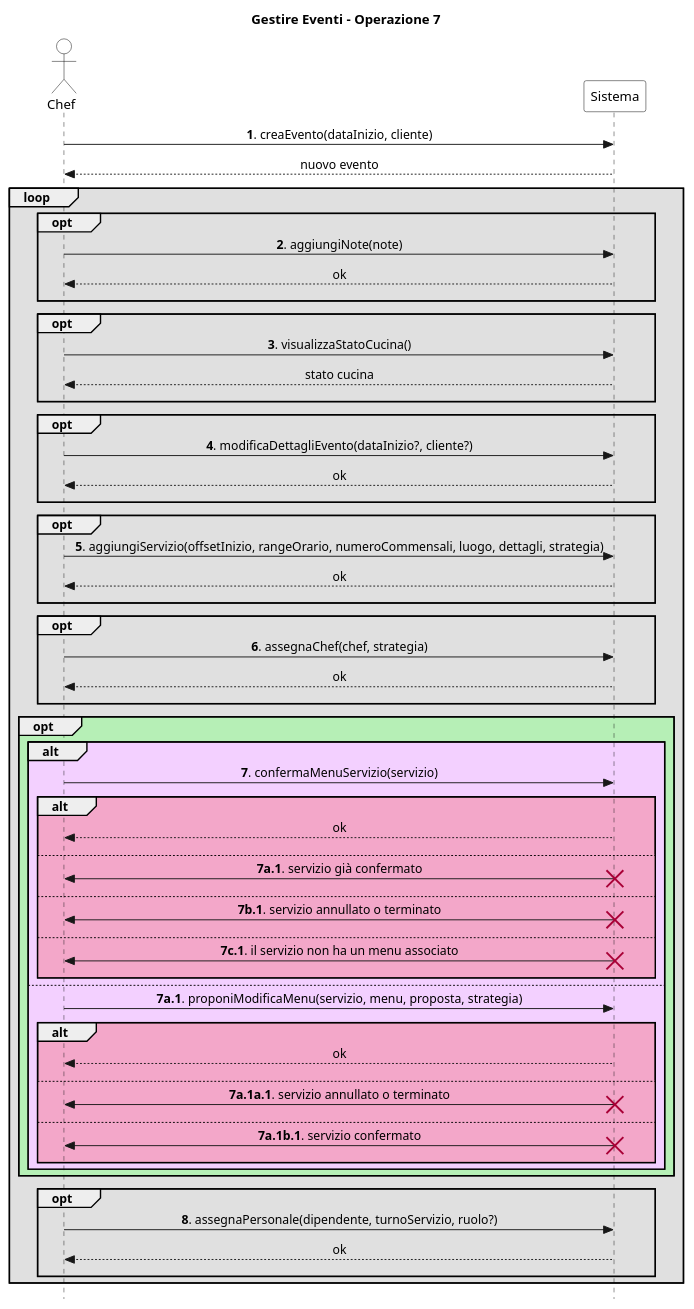
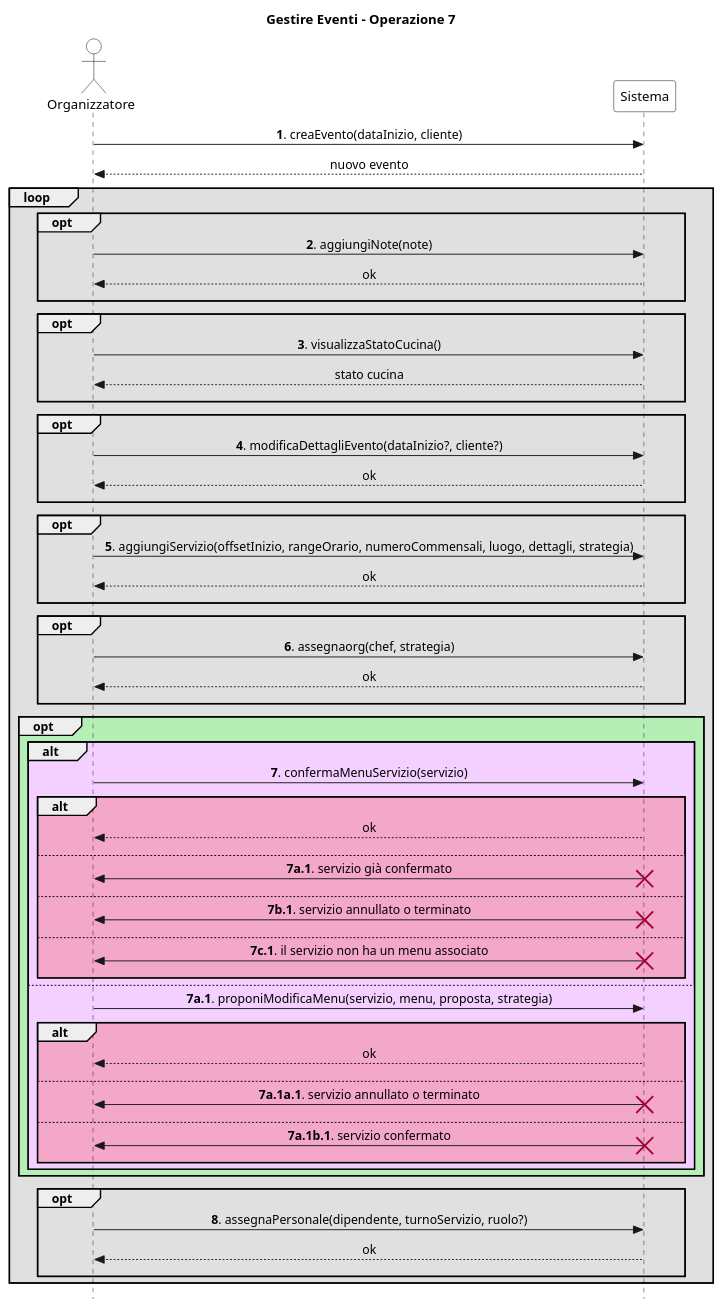
One commit to stefa168/sas-project changed the diagram in UP/Requisiti/UC Gestire Eventi/SSD/Estensioni-Eccezioni Op7.puml. Above: the diagram before and after it, drawn with PlantUML. The commit also changed 5 other files, not shown here.

```diff
--- a/UP/Requisiti/UC Gestire Eventi/SSD/Estensioni-Eccezioni Op7.puml
+++ b/UP/Requisiti/UC Gestire Eventi/SSD/Estensioni-Eccezioni Op7.puml
@@ -1,93 +1,93 @@
 @startuml
 skinparam Style strictuml
 skinparam SequenceMessageAlign center
 
 skinparam sequence {
     ActorBorderColor Black
     ActorBackgroundColor White
     ParticipantBorderColor Black
     ParticipantBackgroundColor White
 }
 
-actor Chef
+actor "Organizzatore" as org
 participant Sistema
 
 title Gestire Eventi - Operazione 7
 
-Chef -> Sistema: **1**. creaEvento(dataInizio, cliente)
+org -> Sistema: **1**. creaEvento(dataInizio, cliente)
 return nuovo evento
 
 loop #e0e0e0
     opt #e0e0e0
-        Chef -> Sistema: **2**. aggiungiNote(note)
+        org -> Sistema: **2**. aggiungiNote(note)
         return ok
         ||10||
     end
 
     opt #e0e0e0
-        Chef -> Sistema: **3**. visualizzaStatoCucina()
+        org -> Sistema: **3**. visualizzaStatoCucina()
         return stato cucina
         ||10||
     end
 
     opt #e0e0e0
-        Chef -> Sistema: **4**. modificaDettagliEvento(dataInizio?, cliente?)
+        org -> Sistema: **4**. modificaDettagliEvento(dataInizio?, cliente?)
         return ok
         ||10||
     end
 
     opt #e0e0e0
-        Chef -> Sistema: **5**. aggiungiServizio(offsetInizio, rangeOrario, numeroCommensali, luogo, dettagli, strategia)
+        org -> Sistema: **5**. aggiungiServizio(offsetInizio, rangeOrario, numeroCommensali, luogo, dettagli, strategia)
         return ok
         ||10||
     end
 
     opt #e0e0e0
-        Chef -> Sistema: **6**. assegnaChef(chef, strategia)
+        org -> Sistema: **6**. assegnaorg(chef, strategia)
         return ok
         ||10||
     end
 
     opt #b6efb6
         alt #f3d0ff
-            Chef -> Sistema: **7**. confermaMenuServizio(servizio)
+            org -> Sistema: **7**. confermaMenuServizio(servizio)
             alt #f3a7c9
                 return ok
                 ||10||
             else
-                Chef <- Sistema: **7a.1**. servizio già confermato
+                org <- Sistema: **7a.1**. servizio già confermato
                 destroy Sistema
                 ||10||
             else
-                Chef <- Sistema: **7b.1**. servizio annullato o terminato
+                org <- Sistema: **7b.1**. servizio annullato o terminato
                 destroy Sistema
                 ||10||
             else
-                Chef <- Sistema: **7c.1**. il servizio non ha un menu associato
+                org <- Sistema: **7c.1**. il servizio non ha un menu associato
                 destroy Sistema
                 ||10||
             end
         else
-            Chef -> Sistema: **7a.1**. proponiModificaMenu(servizio, menu, proposta, strategia)
+            org -> Sistema: **7a.1**. proponiModificaMenu(servizio, menu, proposta, strategia)
             alt #f3a7c9
                 return ok
                 ||10||
             else
-                Chef <- Sistema: **7a.1a.1**. servizio annullato o terminato
+                org <- Sistema: **7a.1a.1**. servizio annullato o terminato
                 destroy Sistema
                 ||10||
             else
-                Chef <- Sistema: **7a.1b.1**. servizio confermato
+                org <- Sistema: **7a.1b.1**. servizio confermato
                 destroy Sistema
                 ||10||
             end
         end
     end
 
     opt #e0e0e0
-        Chef -> Sistema: **8**. assegnaPersonale(dipendente, turnoServizio, ruolo?)
+        org -> Sistema: **8**. assegnaPersonale(dipendente, turnoServizio, ruolo?)
         return ok
         ||10||
     end
 end
 @enduml
```
